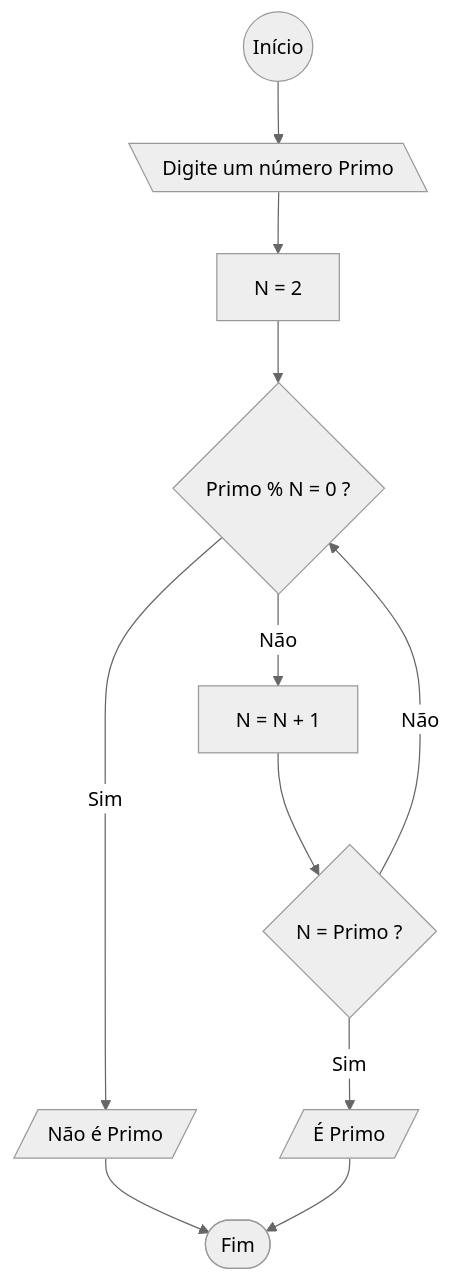
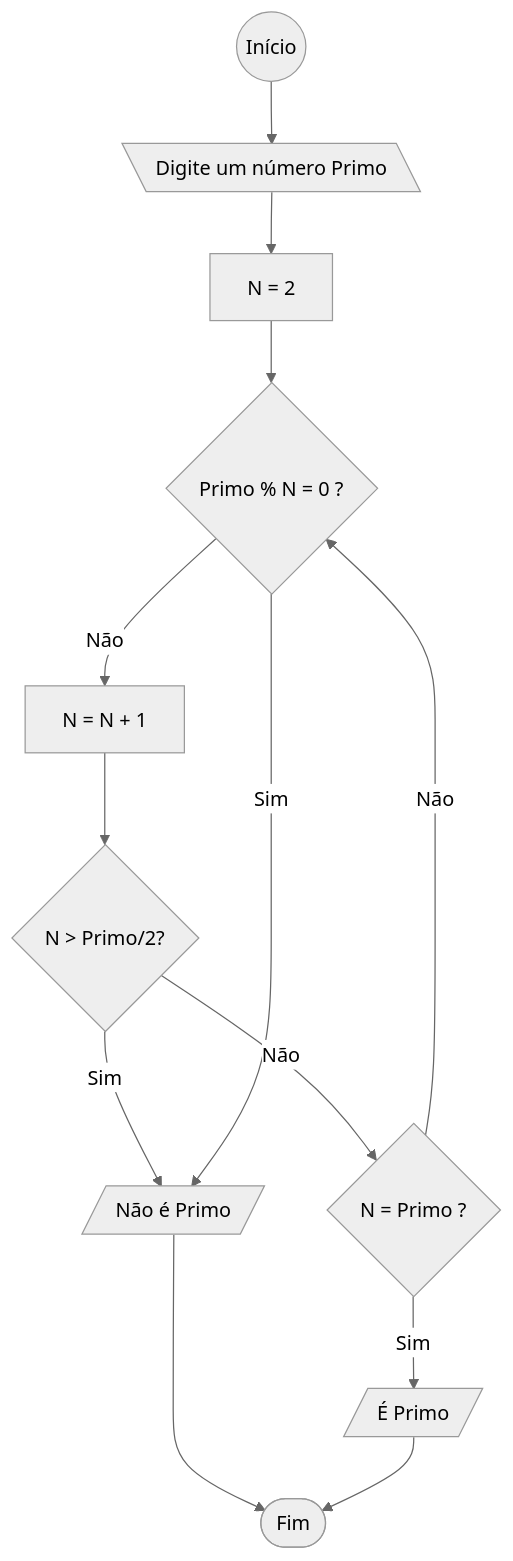
Before and after one commit to Zinbo20/LP: the ninth of 9 diagrams in Listas de Exercícios/LP_Lista_01/README.md, drawn with Mermaid (neutral theme).

Commit message:
Correção Exercício 10 Desempenho
Correção considerando que a partir da metade um numero nunca é divisível. Melhorando Desempenho.

````diff
--- a/Listas de Exercícios/LP_Lista_01/README.md
+++ b/Listas de Exercícios/LP_Lista_01/README.md
@@ -154,13 +154,15 @@
     ```mermaid
       flowchart TD
          start(( Início )) --> input[\ Digite um número Primo \]
          input --> val[ N = 2]
          val --> verification{ Primo % N = 0 ?}
          verification --> |Não| process[N = N + 1]
-         process --> verification2{N = Primo ?}
+         process --> verification3{N > Primo/2?}
+         verification3 --> |Não| verification2{N = Primo ?}
+         verification3 --> |Sim| false
          verification2 -->|Não| verification
          verification --> |Sim| false[/Não é Primo/] 
          verification2 --> |Sim| true[/É Primo/]
          false --> finish([Fim])
          true --> finish
       ```
````
